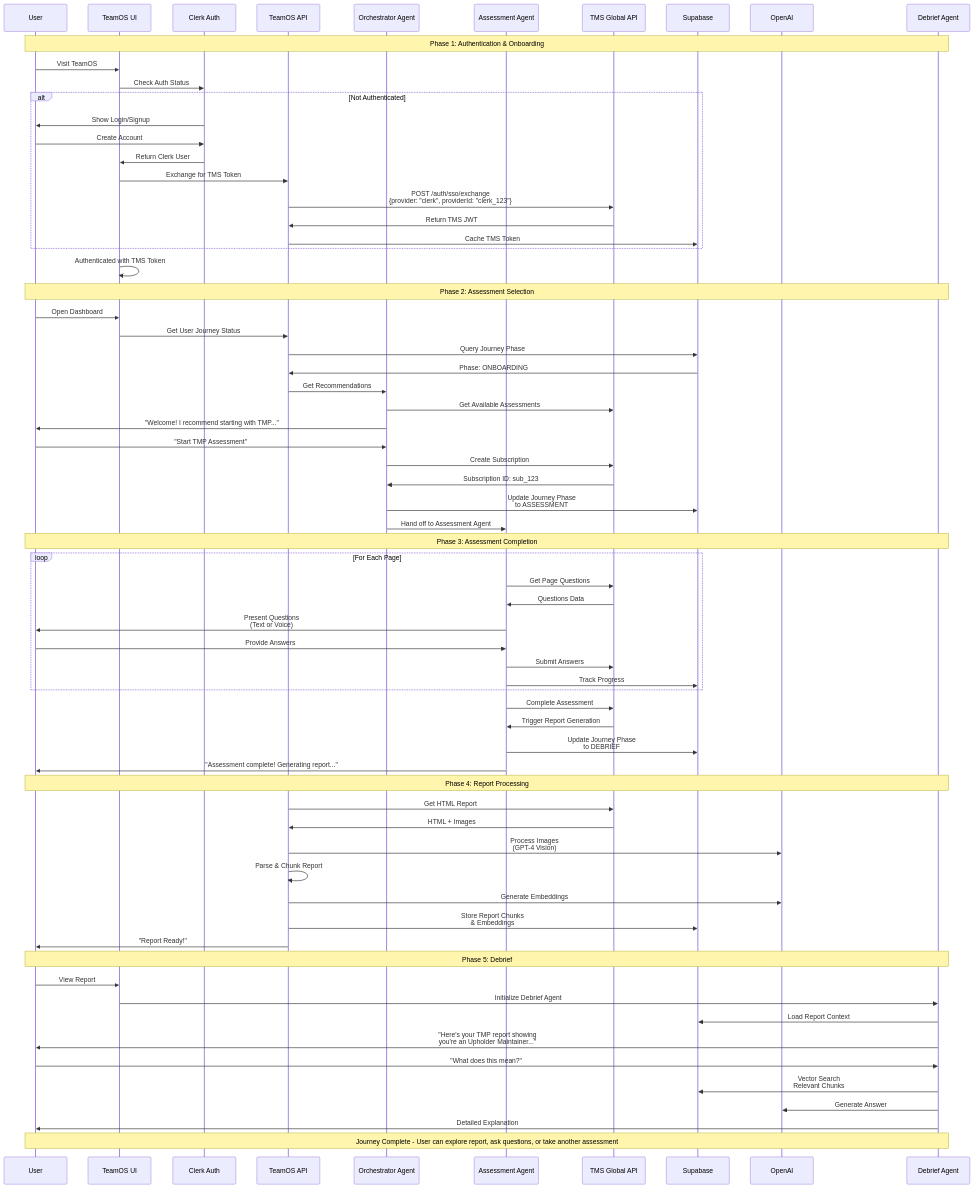
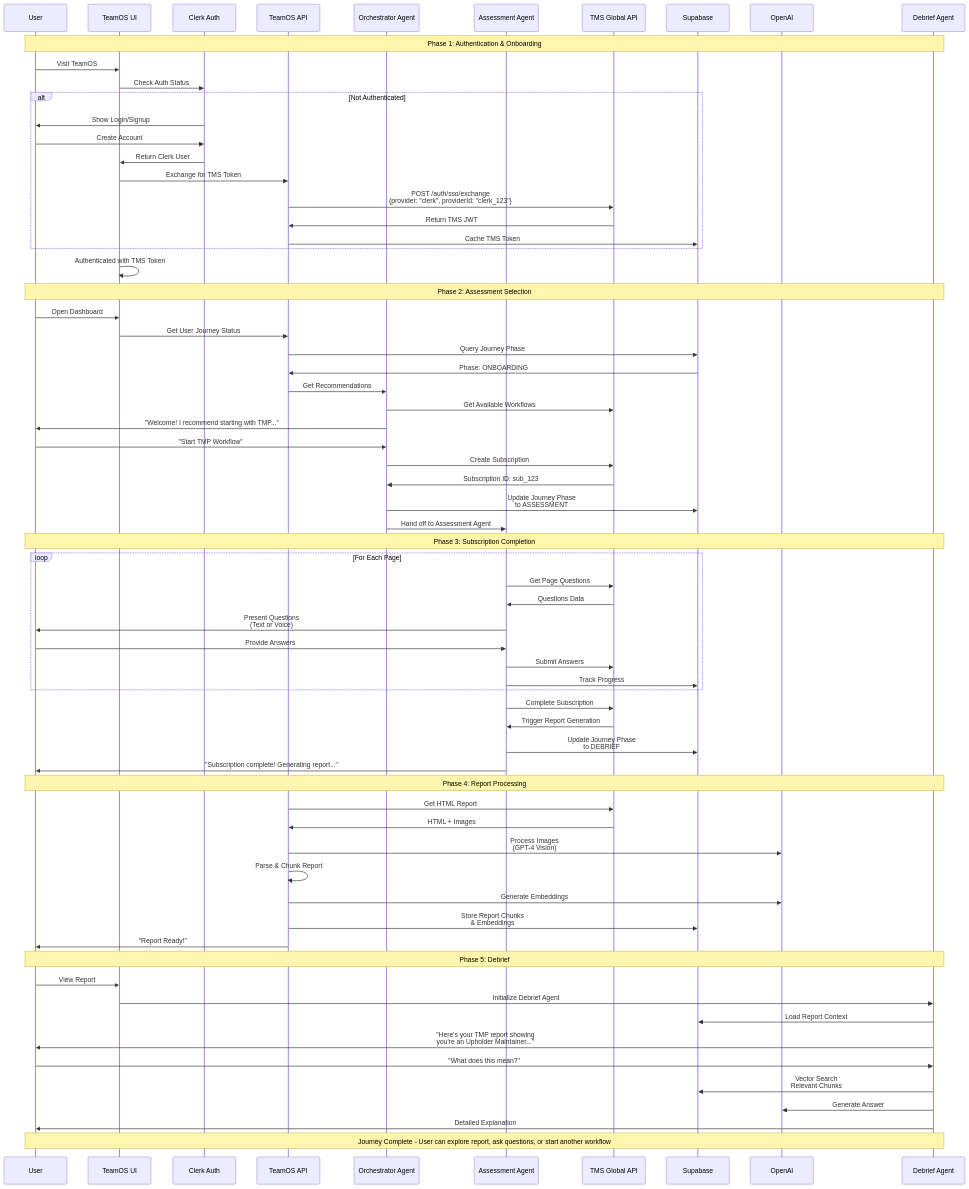
The first of 6 diagrams in docs/tms-api-spec/USER-JOURNEY-FLOWS.md (tmscoach/teamOS-Agents-Demo), drawn with Mermaid before and after one commit. The commit also changed 2 other files, not shown here.

Commit message:
docs: Update API specifications for consistency
- Update authentication roles to admin|manager|member
- Fix workflow/subscription terminology in markdown docs
- Update API-SPECIFICATION.md to reflect simplified analytics
- Update USER-JOURNEY-FLOWS.md with correct terminology
- Ensure all documentation is aligned with latest changes

🤖 Generated with Claude Code

````diff
--- a/docs/tms-api-spec/USER-JOURNEY-FLOWS.md
+++ b/docs/tms-api-spec/USER-JOURNEY-FLOWS.md
@@ -5,79 +5,79 @@
 ```mermaid
 sequenceDiagram
     participant U as User
     participant UI as TeamOS UI
     participant Clerk as Clerk Auth
     participant API as TeamOS API
     participant OA as Orchestrator Agent
     participant AA as Assessment Agent
     participant TMS as TMS Global API
     participant DB as Supabase
     participant AI as OpenAI
     participant DA as Debrief Agent
     
     Note over U,DA: Phase 1: Authentication & Onboarding
     U->>UI: Visit TeamOS
     UI->>Clerk: Check Auth Status
     alt Not Authenticated
         Clerk->>U: Show Login/Signup
         U->>Clerk: Create Account
         Clerk->>UI: Return Clerk User
         UI->>API: Exchange for TMS Token
         API->>TMS: POST /auth/sso/exchange<br/>{provider: "clerk", providerId: "clerk_123"}
         TMS->>API: Return TMS JWT
         API->>DB: Cache TMS Token
     end
     UI->>UI: Authenticated with TMS Token
     
     Note over U,DA: Phase 2: Assessment Selection
     U->>UI: Open Dashboard
     UI->>API: Get User Journey Status
     API->>DB: Query Journey Phase
     DB->>API: Phase: ONBOARDING
     API->>OA: Get Recommendations
-    OA->>TMS: Get Available Assessments
+    OA->>TMS: Get Available Workflows
     OA->>U: "Welcome! I recommend starting with TMP..."
     
-    U->>OA: "Start TMP Assessment"
+    U->>OA: "Start TMP Workflow"
     OA->>TMS: Create Subscription
     TMS->>OA: Subscription ID: sub_123
     OA->>DB: Update Journey Phase<br/>to ASSESSMENT
     OA->>AA: Hand off to Assessment Agent
     
-    Note over U,DA: Phase 3: Assessment Completion
+    Note over U,DA: Phase 3: Subscription Completion
     loop For Each Page
         AA->>TMS: Get Page Questions
         TMS->>AA: Questions Data
         AA->>U: Present Questions<br/>(Text or Voice)
         U->>AA: Provide Answers
         AA->>TMS: Submit Answers
         AA->>DB: Track Progress
     end
     
-    AA->>TMS: Complete Assessment
+    AA->>TMS: Complete Subscription
     TMS->>AA: Trigger Report Generation
     AA->>DB: Update Journey Phase<br/>to DEBRIEF
-    AA->>U: "Assessment complete! Generating report..."
+    AA->>U: "Subscription complete! Generating report..."
     
     Note over U,DA: Phase 4: Report Processing
     API->>TMS: Get HTML Report
     TMS->>API: HTML + Images
     API->>AI: Process Images<br/>(GPT-4 Vision)
     API->>API: Parse & Chunk Report
     API->>AI: Generate Embeddings
     API->>DB: Store Report Chunks<br/>& Embeddings
     API->>U: "Report Ready!"
     
     Note over U,DA: Phase 5: Debrief
     U->>UI: View Report
     UI->>DA: Initialize Debrief Agent
     DA->>DB: Load Report Context
     DA->>U: "Here's your TMP report showing<br/>you're an Upholder Maintainer..."
     
     U->>DA: "What does this mean?"
     DA->>DB: Vector Search<br/>Relevant Chunks
     DA->>AI: Generate Answer
     DA->>U: Detailed Explanation
     
-    Note over U,DA: Journey Complete - User can explore report, ask questions, or take another assessment
+    Note over U,DA: Journey Complete - User can explore report, ask questions, or start another workflow
 ```
````
